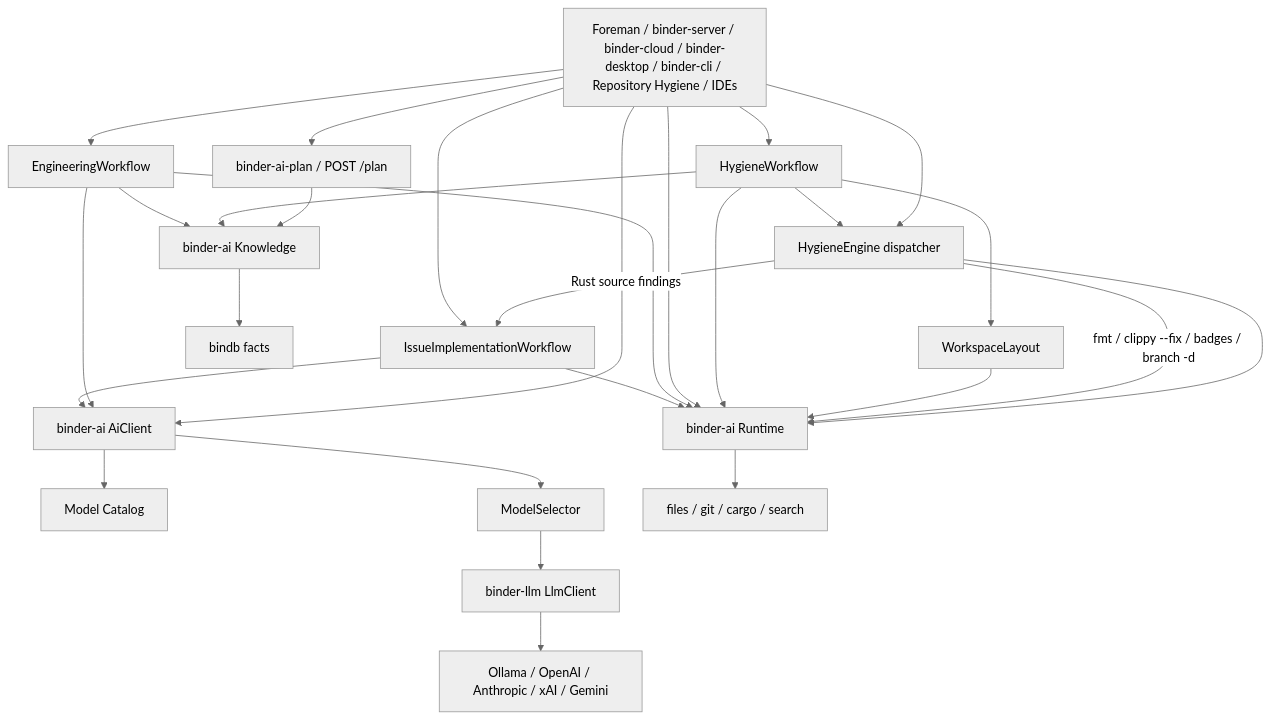
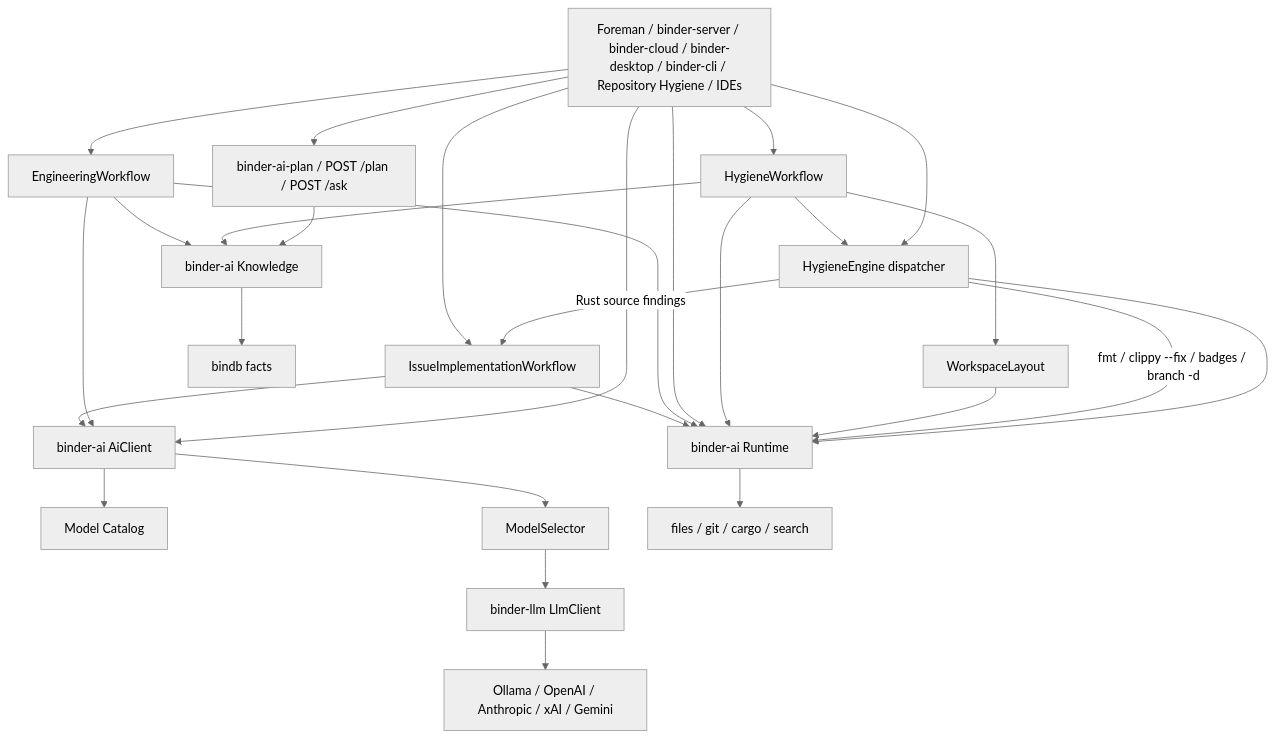
Before and after one commit to dpkimball/binder-ai: the first of 2 diagrams in docs/as-built/architecture.md, drawn with Mermaid (neutral theme). The commit also changed other lines of this file, not shown here.

First line of the commit message:
docs: as-built Mermaid for POST /ask (bank, paraphrase, inference)

````diff
--- a/docs/as-built/architecture.md
+++ b/docs/as-built/architecture.md
@@ -11,46 +11,46 @@
 ```mermaid
 flowchart TD
   apps["Foreman / binder-server / binder-cloud / binder-desktop / binder-cli / Repository Hygiene / IDEs"]
-  intel["binder-ai-plan / POST /plan"]
+  intel["binder-ai-plan / POST /plan / POST /ask"]
   ai["binder-ai AiClient"]
   runtime["binder-ai Runtime"]
   knowledge["binder-ai Knowledge"]
   resolve["WorkspaceLayout"]
   bindb["bindb facts"]
   hygiene["HygieneEngine dispatcher"]
   hygieneWf["HygieneWorkflow"]
   wf["IssueImplementationWorkflow"]
   eng["EngineeringWorkflow"]
   catalog["Model Catalog"]
   selector["ModelSelector"]
   llm["binder-llm LlmClient"]
   providers["Ollama / OpenAI / Anthropic / xAI / Gemini"]
   env["files / git / cargo / search"]
   apps --> intel
   intel --> knowledge
   apps --> hygiene
   hygiene --> runtime
   hygiene -->|"Rust source findings"| wf
   hygiene -->|"fmt / clippy --fix / badges / branch -d"| runtime
   apps --> hygieneWf
   hygieneWf --> knowledge
   hygieneWf --> resolve
   resolve --> runtime
   hygieneWf --> hygiene
   hygieneWf --> runtime
   apps --> ai
   apps --> runtime
   apps --> wf
   apps --> eng
   eng --> knowledge
   knowledge --> bindb
   eng --> ai
   eng --> runtime
   wf --> ai
   wf --> runtime
   ai --> catalog
   ai --> selector
   selector --> llm
   llm --> providers
   runtime --> env
 ```
````
